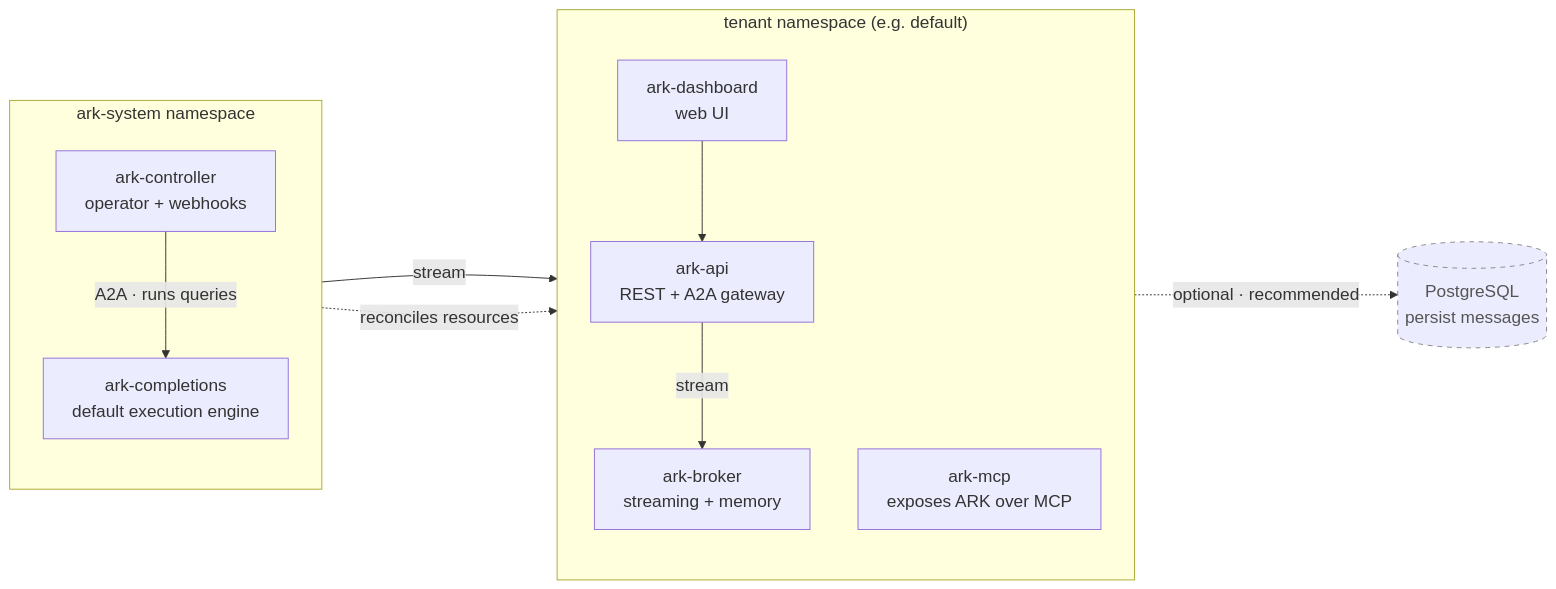
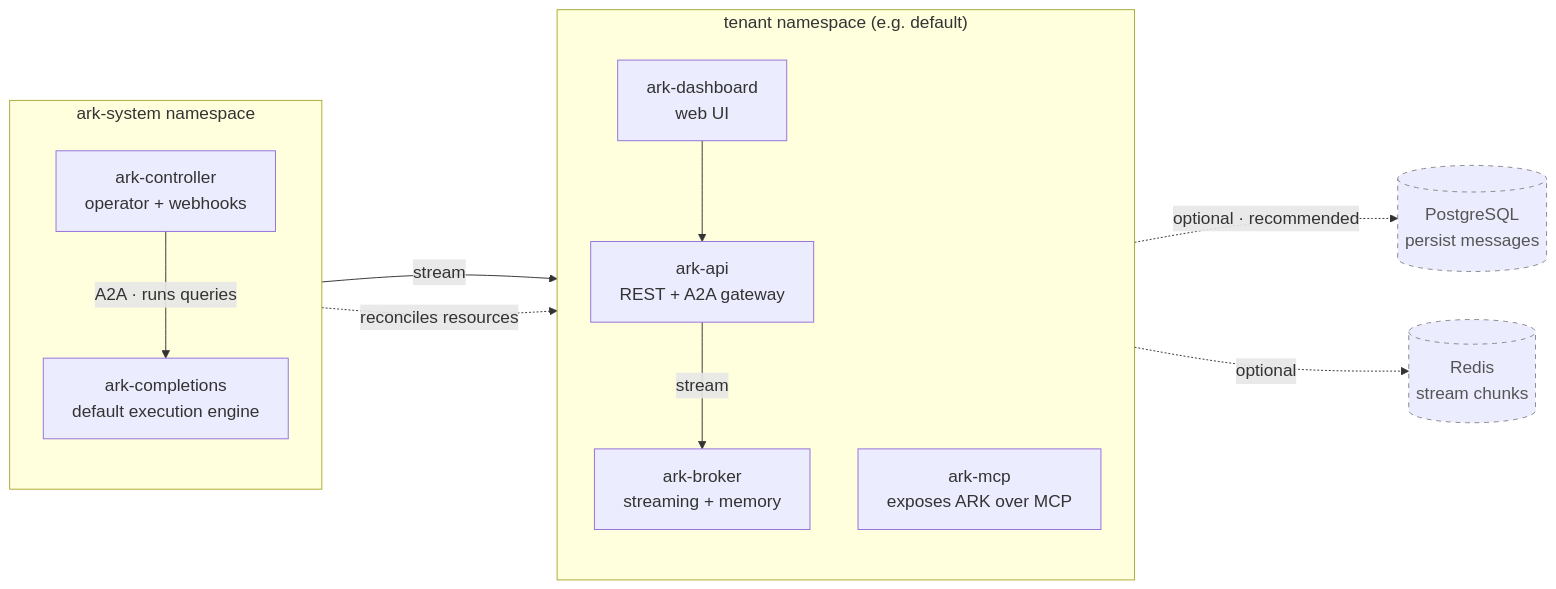
The diagram in docs/content/core-concepts/index.mdx (mckinsey/agents-at-scale-ark), drawn with Mermaid before and after one commit. The commit also changed 9 other files, not shown here.

First line of the commit message:
docs(broker): document Redis chunks backend (Phase 2)

````diff
--- a/docs/content/core-concepts/index.mdx
+++ b/docs/content/core-concepts/index.mdx
@@ -49,29 +49,31 @@
 ```mermaid
 %%{init: {'themeVariables': {'fontSize': '18px'}, 'flowchart': {'rankSpacing': 80, 'nodeSpacing': 50}}}%%
 flowchart LR
     subgraph arksystem["ark-system namespace"]
         direction TB
         controller["ark-controller<br/>operator + webhooks"]
         completions["ark-completions<br/>default execution engine"]
     end
 
     subgraph tenant["tenant namespace (e.g. default)"]
         direction TB
         api["ark-api<br/>REST + A2A gateway"]
         dashboard["ark-dashboard<br/>web UI"]
         mcp["ark-mcp<br/>exposes ARK over MCP"]
         broker["ark-broker<br/>streaming + memory"]
     end
 
     postgres[("PostgreSQL<br/>persist messages")]
+    redis[("Redis<br/>stream chunks")]
 
     controller -->|"A2A · runs queries"| completions
     controller -.->|"reconciles resources"| tenant
     dashboard --> api
     api -->|"stream"| broker
     completions -->|"stream"| broker
     broker -.->|"optional · recommended"| postgres
+    broker -.->|"optional"| redis
 
     classDef optional stroke-dasharray:5 5,stroke:#888,color:#555;
-    class postgres optional;
+    class postgres,redis optional;
 ```
````
